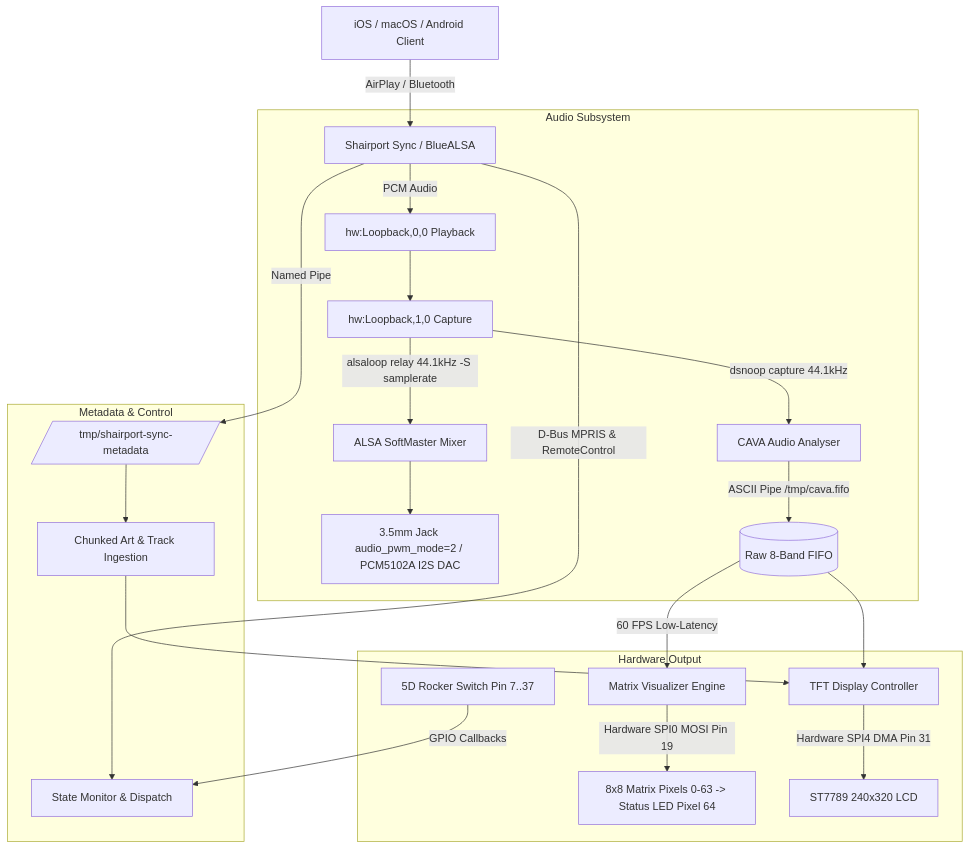
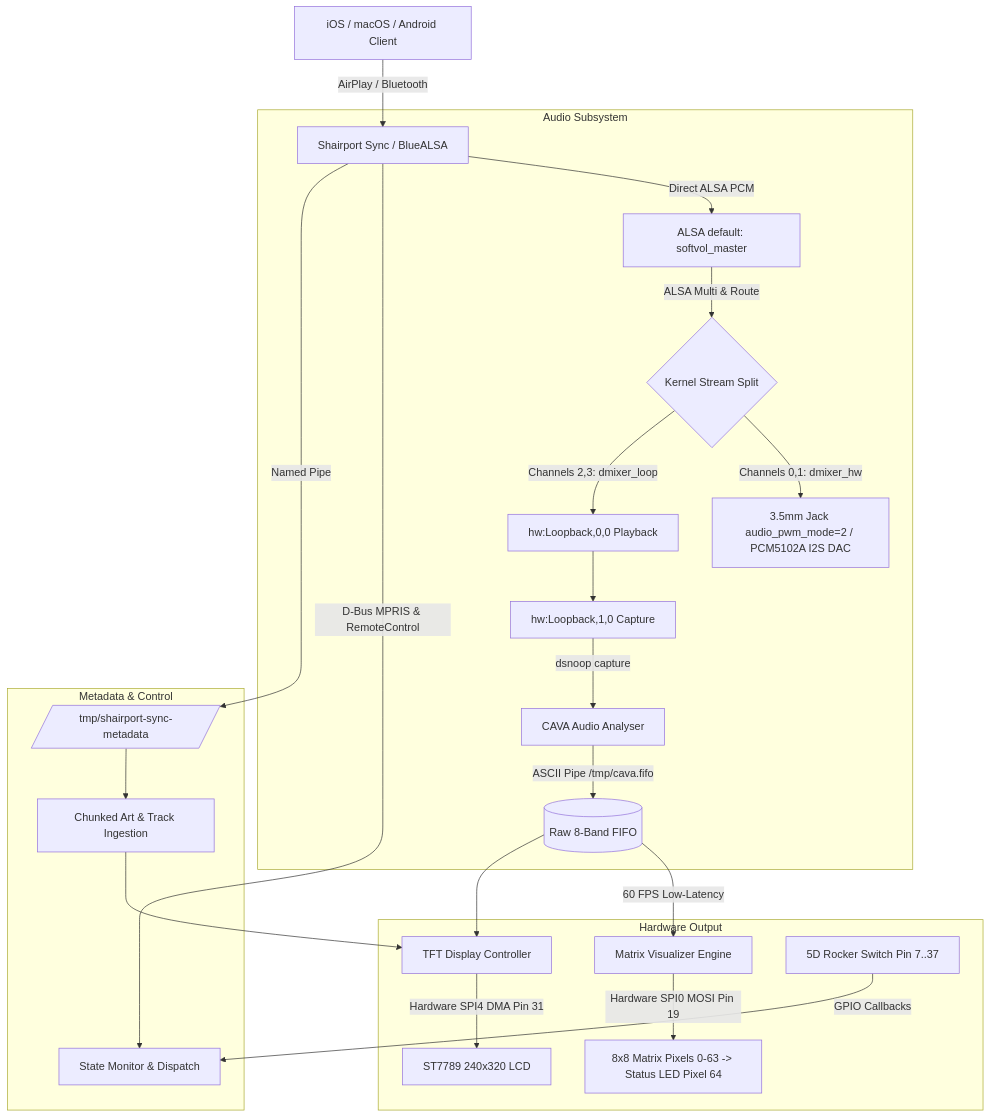
Before and after one commit to Sandeep271958/The_Airplay_Device: the diagram in DOCUMENTATION.md, drawn with Mermaid. The commit also changed other lines of this file and 8 other files, not shown here.

Commit message:
fix(audio): eliminate alsaloop relay, switch to direct hardware playback with kernel multi/route mirroring for pristine Hi-Fi audio

````diff
--- a/DOCUMENTATION.md
+++ b/DOCUMENTATION.md
@@ -20,30 +20,31 @@
 ```mermaid
 graph TD
     Client[iOS / macOS / Android Client] -->|AirPlay / Bluetooth| Receiver[Shairport Sync / BlueALSA]
     
     subgraph Audio Subsystem
-        Receiver -->|PCM Audio| LoopbackIn[hw:Loopback,0,0 Playback]
+        Receiver -->|Direct ALSA PCM| Default[ALSA default: softvol_master]
+        Default -->|ALSA Multi & Route| Split{Kernel Stream Split}
+        Split -->|Channels 0,1: dmixer_hw| DAC[3.5mm Jack audio_pwm_mode=2 / PCM5102A I2S DAC]
+        Split -->|Channels 2,3: dmixer_loop| LoopbackIn[hw:Loopback,0,0 Playback]
         LoopbackIn --> LoopbackOut[hw:Loopback,1,0 Capture]
-        LoopbackOut -->|alsaloop relay 44.1kHz -S samplerate| SoftMaster[ALSA SoftMaster Mixer]
-        SoftMaster --> DAC[3.5mm Jack audio_pwm_mode=2 / PCM5102A I2S DAC]
-        LoopbackOut -->|dsnoop capture 44.1kHz| CAVA[CAVA Audio Analyser]
+        LoopbackOut -->|dsnoop capture| CAVA[CAVA Audio Analyser]
         CAVA -->|ASCII Pipe /tmp/cava.fifo| FIFO[(Raw 8-Band FIFO)]
     end
 
     subgraph Metadata & Control
         Receiver -->|D-Bus MPRIS & RemoteControl| DBusState[State Monitor & Dispatch]
         Receiver -->|Named Pipe| MetaPipe[/tmp/shairport-sync-metadata/]
         MetaPipe --> Ingest[Chunked Art & Track Ingestion]
     end
 
     subgraph Hardware Output
         FIFO -->|60 FPS Low-Latency| MatrixEngine[Matrix Visualizer Engine]
         MatrixEngine -->|Hardware SPI0 MOSI Pin 19| LEDs[8x8 Matrix Pixels 0-63 -> Status LED Pixel 64]
         
         Ingest --> DisplayEngine[TFT Display Controller]
         FIFO --> DisplayEngine
         DisplayEngine -->|Hardware SPI4 DMA Pin 31| TFT[ST7789 240x320 LCD]
         
         Rocker[5D Rocker Switch Pin 7..37] -->|GPIO Callbacks| DBusState
     end
 ```
````
